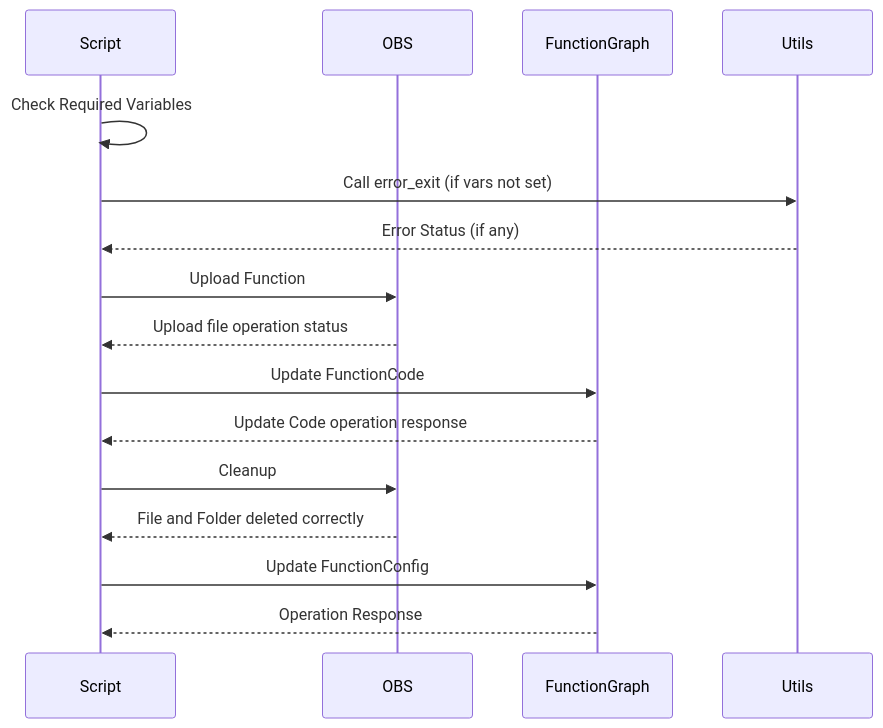
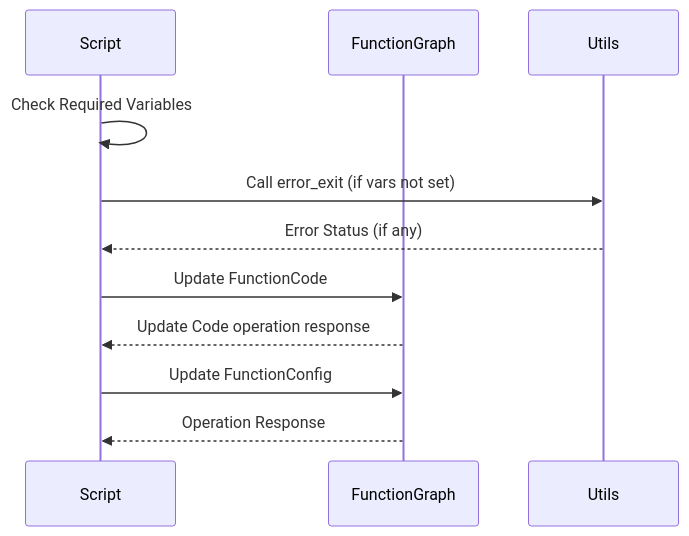
Before and after one commit to Buronn/huaweicloud-update-functiongraph-script: the diagram in README.MD, drawn with Mermaid.

````diff
--- a/README.MD
+++ b/README.MD
@@ -8,19 +8,14 @@
 ```mermaid
 sequenceDiagram
     participant Script
-    participant OBS
     participant FunctionGraph
     participant Utils
 
     Script->>Script: Check Required Variables
     Script->>Utils: Call error_exit (if vars not set)
     Utils-->>Script: Error Status (if any)
-    Script->>OBS: Upload Function
-    OBS-->>Script: Upload file operation status
     Script->>FunctionGraph: Update FunctionCode
     FunctionGraph-->>Script: Update Code operation response
-    Script->>OBS: Cleanup
-    OBS-->>Script: File and Folder deleted correctly
     Script->>FunctionGraph: Update FunctionConfig
     FunctionGraph-->>Script: Operation Response
 ```
````
